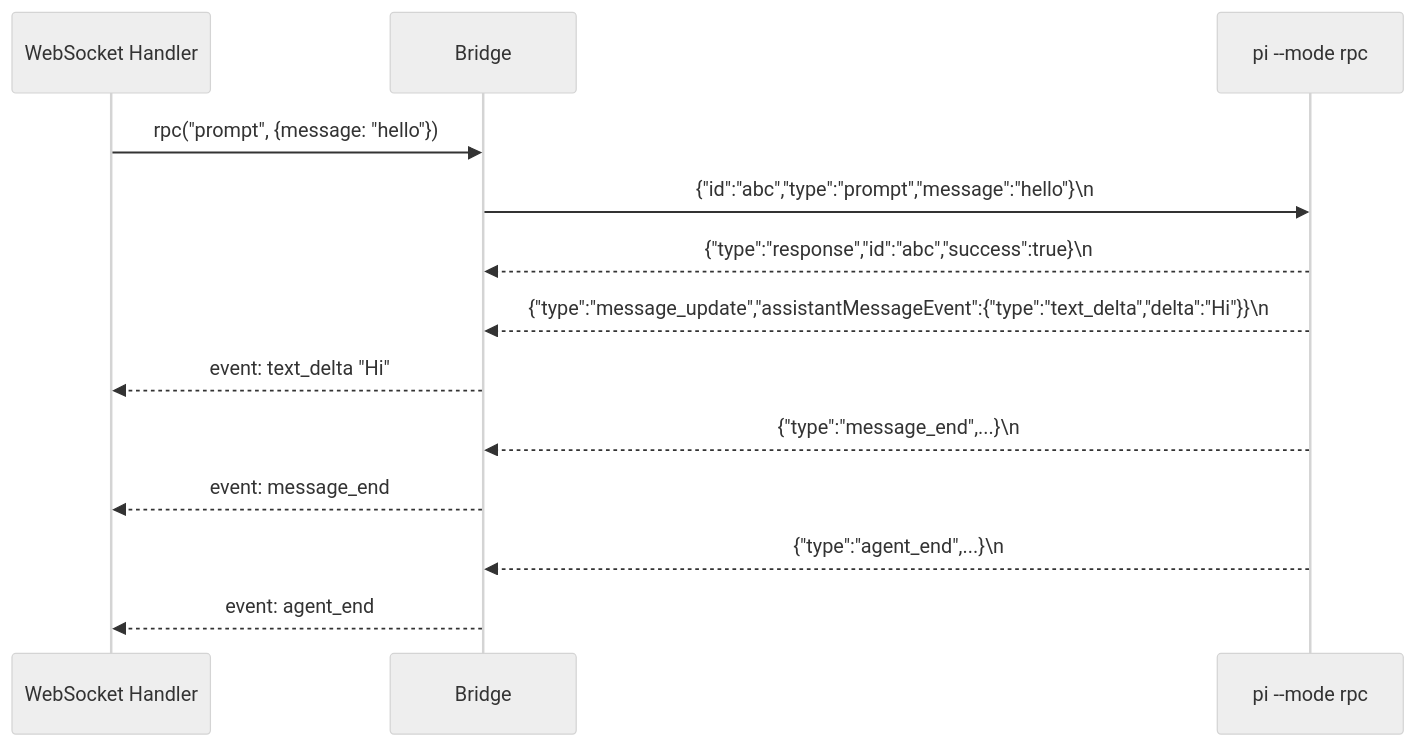
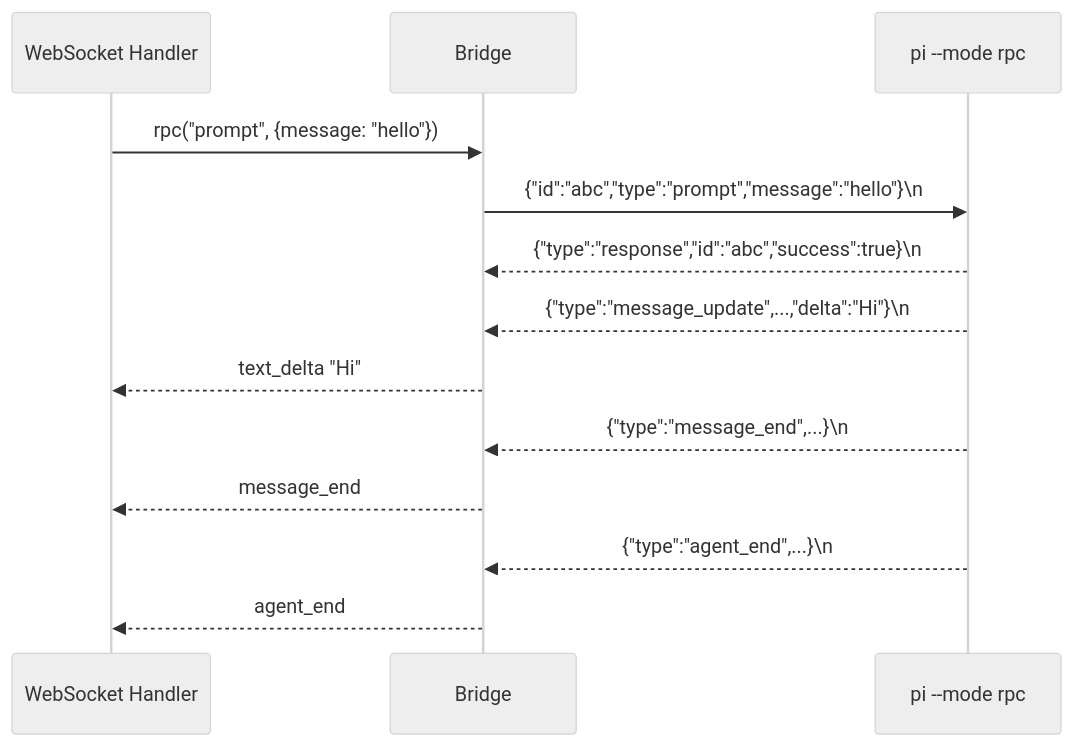
One commit to sigilmakes/goldilocks-app changed the second of 3 diagrams in docs/ARCHITECTURE.md. Above: the diagram before and after it, drawn with Mermaid (neutral theme). The commit also changed other lines of this file and 6 other files, not shown here.

````diff
--- a/docs/ARCHITECTURE.md
+++ b/docs/ARCHITECTURE.md
@@ -60,16 +51,16 @@
 ```mermaid
 sequenceDiagram
     participant WS as WebSocket Handler
     participant B as Bridge
     participant Pi as pi --mode rpc
 
     WS->>B: rpc("prompt", {message: "hello"})
     B->>Pi: {"id":"abc","type":"prompt","message":"hello"}\n
     Pi-->>B: {"type":"response","id":"abc","success":true}\n
-    Pi-->>B: {"type":"message_update","assistantMessageEvent":{"type":"text_delta","delta":"Hi"}}\n
-    B-->>WS: event: text_delta "Hi"
+    Pi-->>B: {"type":"message_update",...,"delta":"Hi"}\n
+    B-->>WS: text_delta "Hi"
     Pi-->>B: {"type":"message_end",...}\n
-    B-->>WS: event: message_end
+    B-->>WS: message_end
     Pi-->>B: {"type":"agent_end",...}\n
-    B-->>WS: event: agent_end
+    B-->>WS: agent_end
 ```
````
